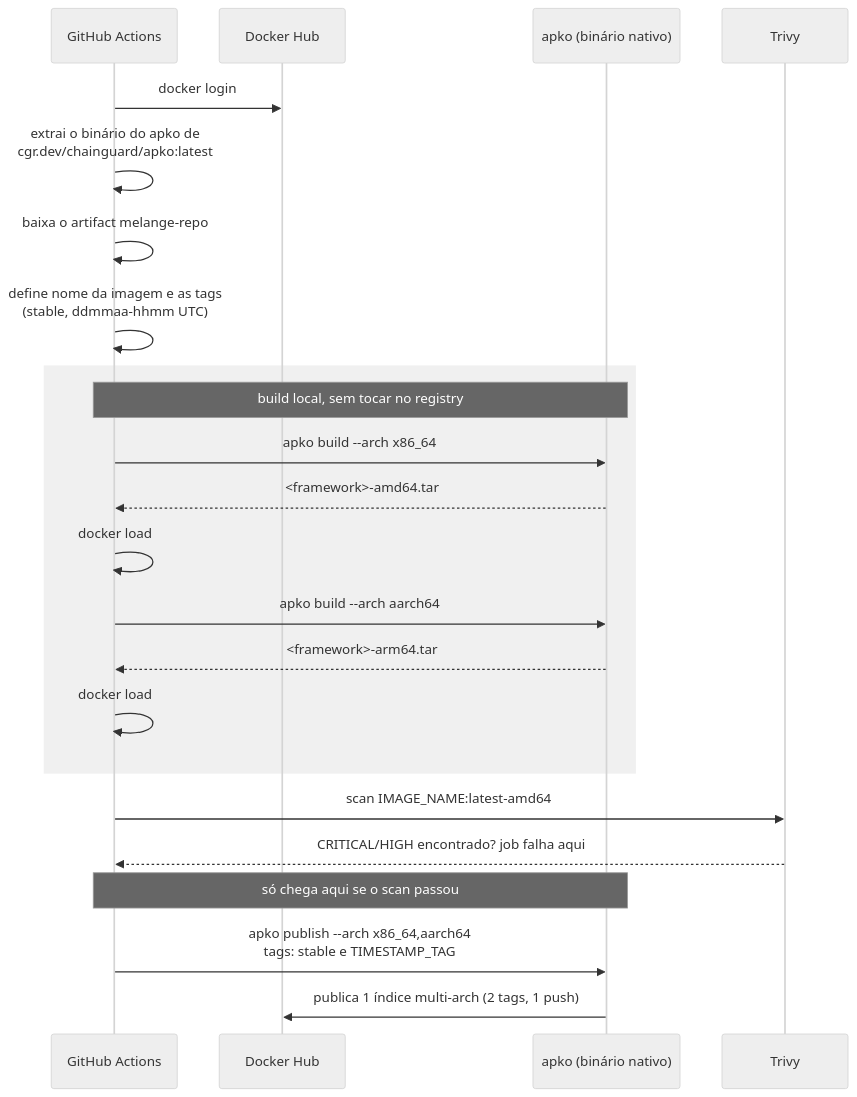
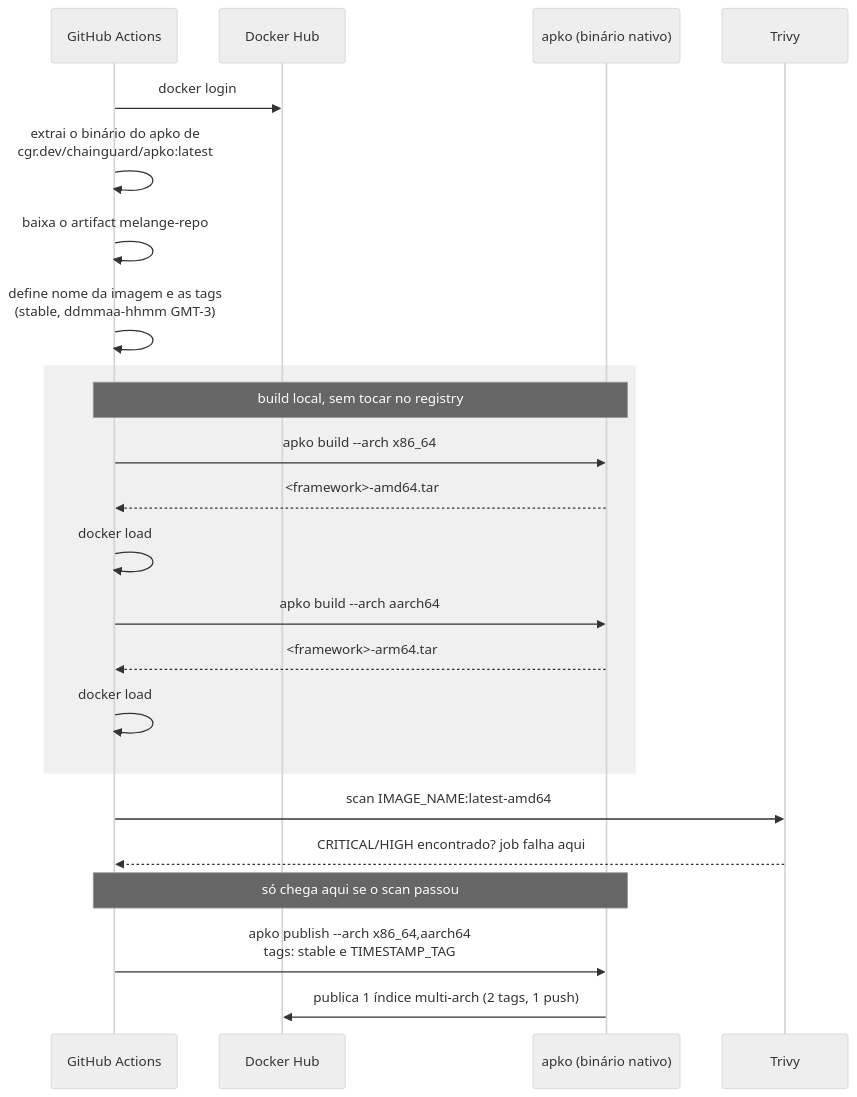
One commit to gersontpc/image-base changed the fifth of 5 diagrams in README.md. Above: the diagram before and after it, drawn with Mermaid (neutral theme). The commit also changed other lines of this file and 1 other file, not shown here.

````diff
--- a/README.md
+++ b/README.md
@@ -231,29 +231,29 @@
 ```mermaid
 sequenceDiagram
     participant CI as GitHub Actions
     participant DH as Docker Hub
     participant APKO as apko (binário nativo)
     participant TRIVY as Trivy
 
     CI->>DH: docker login
     CI->>CI: extrai o binário do apko de<br/>cgr.dev/chainguard/apko:latest
     CI->>CI: baixa o artifact melange-repo
-    CI->>CI: define nome da imagem e as tags<br/>(stable, ddmmaa-hhmm UTC)
+    CI->>CI: define nome da imagem e as tags<br/>(stable, ddmmaa-hhmm GMT-3)
 
     rect rgb(240, 240, 240)
         note over CI,APKO: build local, sem tocar no registry
         CI->>APKO: apko build --arch x86_64
         APKO-->>CI: <framework>-amd64.tar
         CI->>CI: docker load
         CI->>APKO: apko build --arch aarch64
         APKO-->>CI: <framework>-arm64.tar
         CI->>CI: docker load
     end
 
     CI->>TRIVY: scan IMAGE_NAME:latest-amd64
     TRIVY-->>CI: CRITICAL/HIGH encontrado? job falha aqui
 
     note over CI,APKO: só chega aqui se o scan passou
     CI->>APKO: apko publish --arch x86_64,aarch64<br/>tags: stable e TIMESTAMP_TAG
     APKO->>DH: publica 1 índice multi-arch (2 tags, 1 push)
 ```
````
